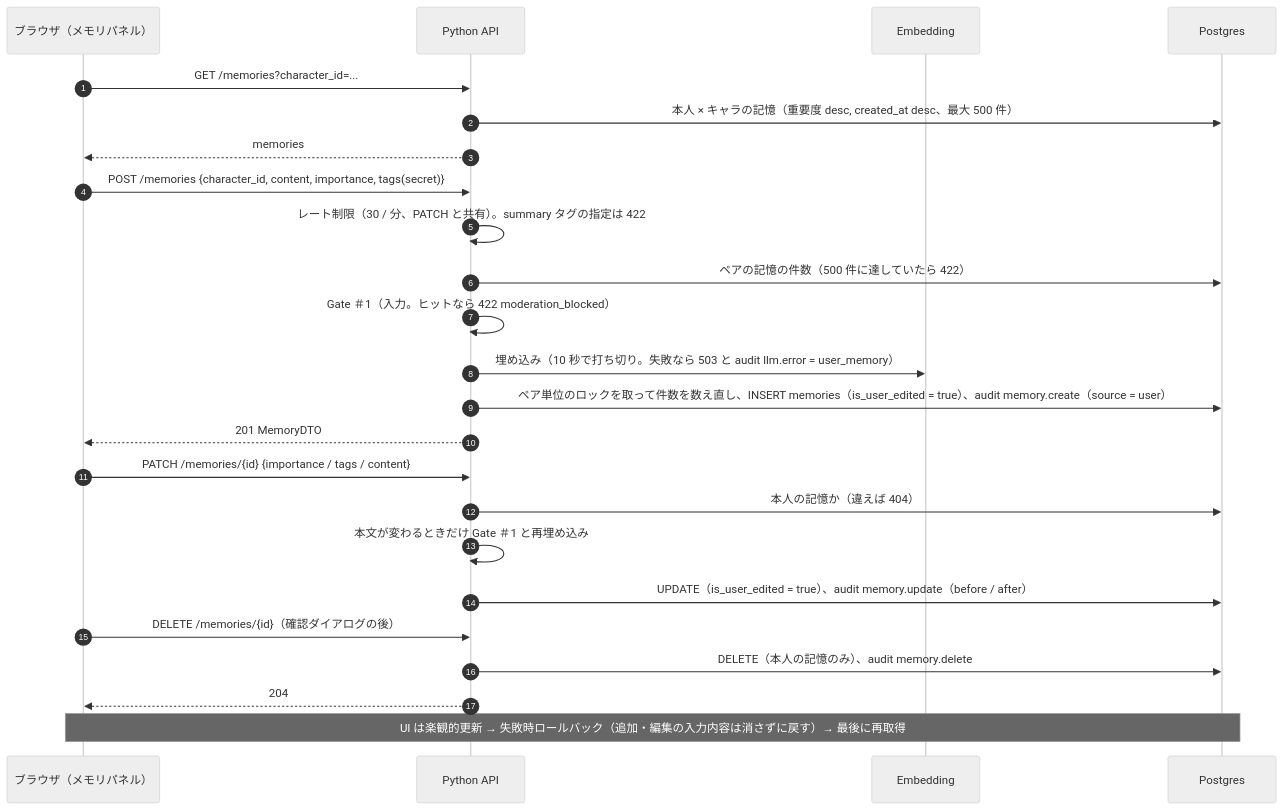
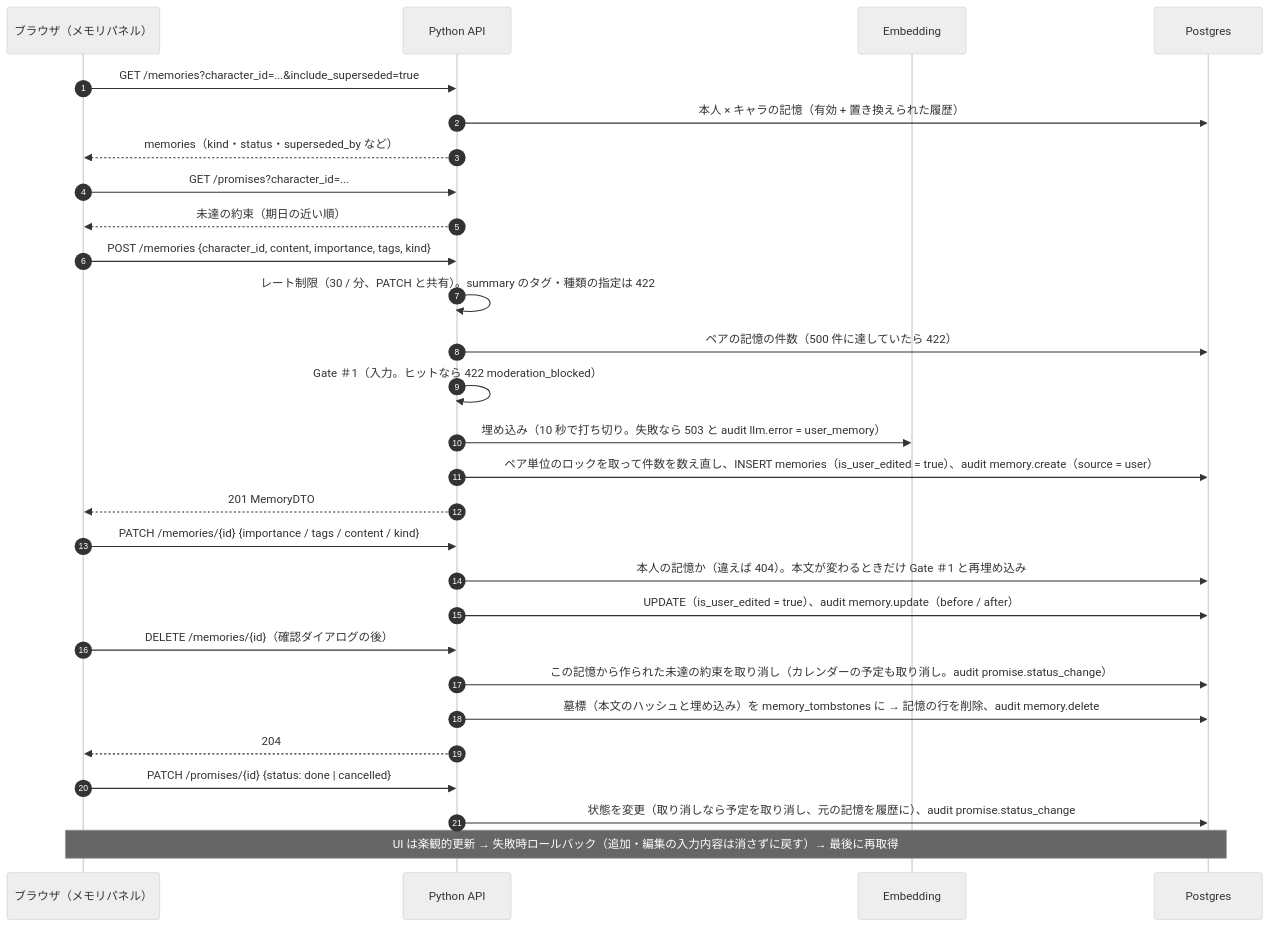
One commit to tasuku-kobayashi/everkano changed the eighth of 11 diagrams in docs/handover/02-data-flow.md. Above: the diagram before and after it, drawn with Mermaid (neutral theme). The commit also changed other lines of this file and 95 other files, not shown here.

````diff
--- a/docs/handover/02-data-flow.md
+++ b/docs/handover/02-data-flow.md
@@ -246,26 +307,30 @@
 ```mermaid
 sequenceDiagram
   autonumber
   participant B as ブラウザ（メモリパネル）
   participant API as Python API
   participant E as Embedding
   participant DB as Postgres
-  B->>API: GET /memories?character_id=...
-  API->>DB: 本人 × キャラの記憶（重要度 desc, created_at desc、最大 500 件）
-  API-->>B: memories
-  B->>API: POST /memories {character_id, content, importance, tags(secret)}
-  API->>API: レート制限（30 / 分、PATCH と共有）。summary タグの指定は 422
+  B->>API: GET /memories?character_id=...&include_superseded=true
+  API->>DB: 本人 × キャラの記憶（有効 + 置き換えられた履歴）
+  API-->>B: memories（kind・status・superseded_by など）
+  B->>API: GET /promises?character_id=...
+  API-->>B: 未達の約束（期日の近い順）
+  B->>API: POST /memories {character_id, content, importance, tags, kind}
+  API->>API: レート制限（30 / 分、PATCH と共有）。summary のタグ・種類の指定は 422
   API->>DB: ペアの記憶の件数（500 件に達していたら 422）
   API->>API: Gate ＃1（入力。ヒットなら 422 moderation_blocked）
   API->>E: 埋め込み（10 秒で打ち切り。失敗なら 503 と audit llm.error = user_memory）
   API->>DB: ペア単位のロックを取って件数を数え直し、INSERT memories（is_user_edited = true）、audit memory.create（source = user）
   API-->>B: 201 MemoryDTO
-  B->>API: PATCH /memories/{id} {importance / tags / content}
-  API->>DB: 本人の記憶か（違えば 404）
-  API->>API: 本文が変わるときだけ Gate ＃1 と再埋め込み
+  B->>API: PATCH /memories/{id} {importance / tags / content / kind}
+  API->>DB: 本人の記憶か（違えば 404）。本文が変わるときだけ Gate ＃1 と再埋め込み
   API->>DB: UPDATE（is_user_edited = true）、audit memory.update（before / after）
   B->>API: DELETE /memories/{id}（確認ダイアログの後）
-  API->>DB: DELETE（本人の記憶のみ）、audit memory.delete
+  API->>DB: この記憶から作られた未達の約束を取り消し（カレンダーの予定も取り消し。audit promise.status_change）
+  API->>DB: 墓標（本文のハッシュと埋め込み）を memory_tombstones に → 記憶の行を削除、audit memory.delete
   API-->>B: 204
+  B->>API: PATCH /promises/{id} {status: done | cancelled}
+  API->>DB: 状態を変更（取り消しなら予定を取り消し、元の記憶を履歴に）、audit promise.status_change
   Note over B,DB: UI は楽観的更新 → 失敗時ロールバック（追加・編集の入力内容は消さずに戻す）→ 最後に再取得
 ```
````
